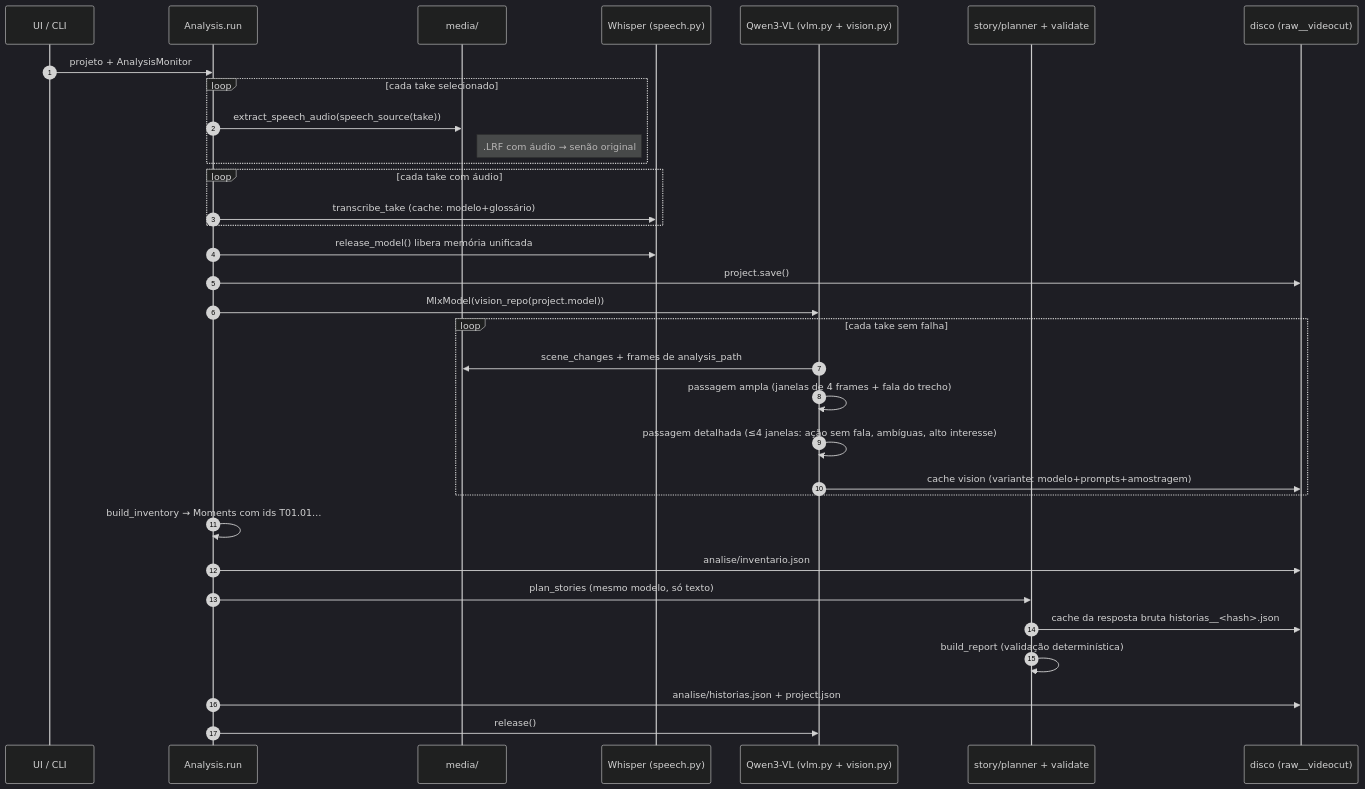
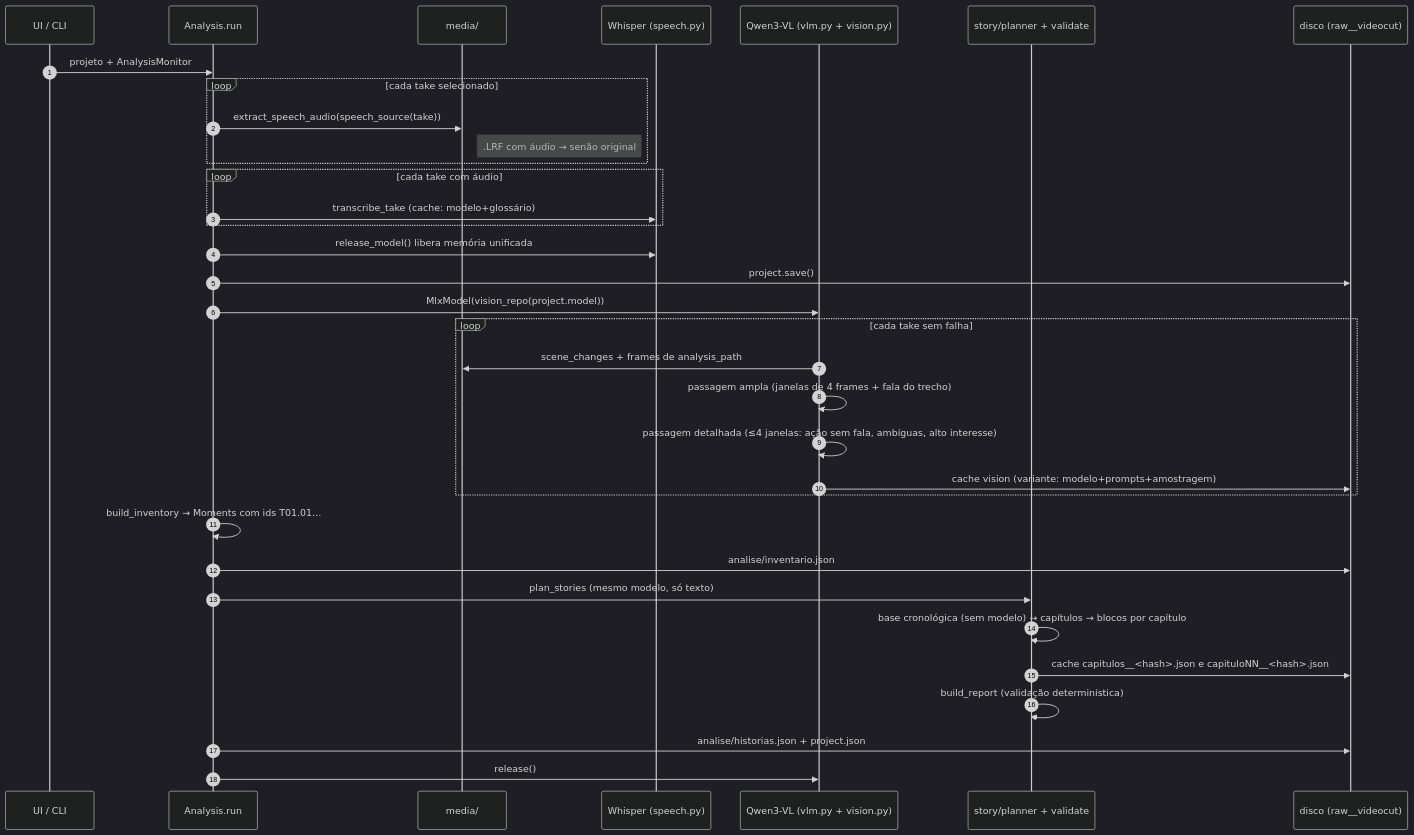
The sixth of 8 diagrams in videocut/ARCHITECTURE.md (ujorgeleite/youtube-studio-mcp), drawn with Mermaid (dark theme) before and after one commit. The commit also changed other lines of this file and 20 other files, not shown here.

Commit message:
feat(videocut): planejador em etapas com base cronológica e reaproveitamento da análise

````diff
--- a/videocut/ARCHITECTURE.md
+++ b/videocut/ARCHITECTURE.md
@@ -294,36 +294,37 @@
 ```mermaid
 sequenceDiagram
     autonumber
     participant UI as UI / CLI
     participant P as Analysis.run
     participant M as media/
     participant W as Whisper (speech.py)
     participant V as Qwen3-VL (vlm.py + vision.py)
     participant S as story/planner + validate
     participant D as disco (raw__videocut)
 
     UI->>P: projeto + AnalysisMonitor
     loop cada take selecionado
         P->>M: extract_speech_audio(speech_source(take))
         Note right of M: .LRF com áudio → senão original
     end
     loop cada take com áudio
         P->>W: transcribe_take (cache: modelo+glossário)
     end
     P->>W: release_model() libera memória unificada
     P->>D: project.save()
     P->>V: MlxModel(vision_repo(project.model))
     loop cada take sem falha
         V->>M: scene_changes + frames de analysis_path
         V->>V: passagem ampla (janelas de 4 frames + fala do trecho)
         V->>V: passagem detalhada (≤4 janelas: ação sem fala, ambíguas, alto interesse)
         V->>D: cache vision (variante: modelo+prompts+amostragem)
     end
     P->>P: build_inventory → Moments com ids T01.01…
     P->>D: analise/inventario.json
     P->>S: plan_stories (mesmo modelo, só texto)
-    S->>D: cache da resposta bruta historias__<hash>.json
+    S->>S: base cronológica (sem modelo) → capítulos → blocos por capítulo
+    S->>D: cache capitulos__<hash>.json e capituloNN__<hash>.json
     S->>S: build_report (validação determinística)
     P->>D: analise/historias.json + project.json
     P->>V: release()
 ```
````
